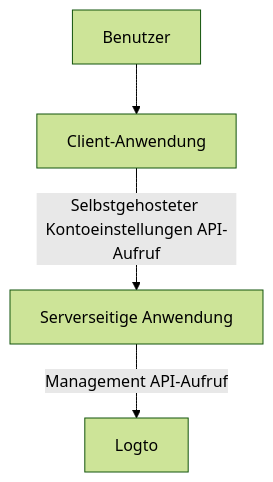
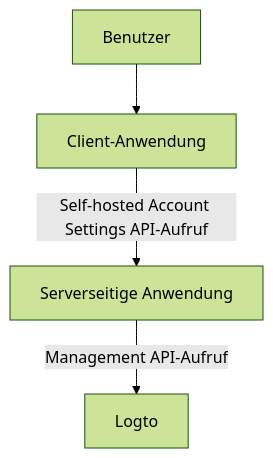
Before and after one commit to logto-io/docs: the first of 3 diagrams in i18n/de/docusaurus-plugin-content-docs/current/end-user-flows/account-settings/by-management-api.mdx, drawn with Mermaid (forest theme). The commit also changed other lines of this file and 80 other files, not shown here.

````diff
--- a/i18n/de/docusaurus-plugin-content-docs/current/end-user-flows/account-settings/by-management-api.mdx
+++ b/i18n/de/docusaurus-plugin-content-docs/current/end-user-flows/account-settings/by-management-api.mdx
@@ -13,6 +13,7 @@
 ```mermaid
   graph TB
-    A[Benutzer] --> B[Client-Anwendung]
-    B -->|Selbstgehosteter Kontoeinstellungen API-Aufruf|C[Serverseitige Anwendung]
+    A[Benutzer]
+    --> B[Client-Anwendung]
+    B -->|Self-hosted Account Settings API-Aufruf|C[Serverseitige Anwendung]
     C -->|Management API-Aufruf| D[Logto]
 ```
````
